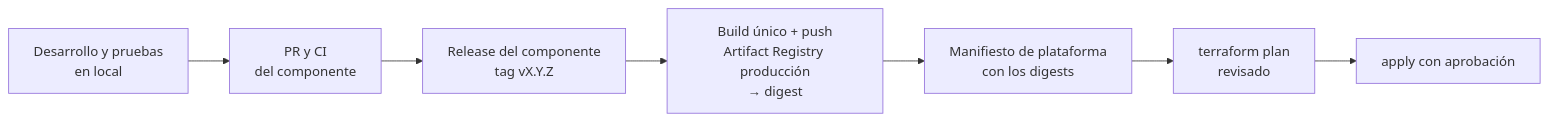
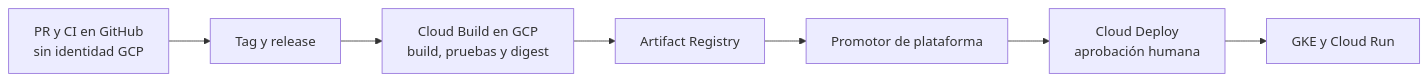
Before and after one commit to lfnavarroj1/sport-app-platform: the third of 3 diagrams in infra/terraform/README.md, drawn with Mermaid. The commit also changed other lines of this file and 76 other files, not shown here.

````diff
--- a/infra/terraform/README.md
+++ b/infra/terraform/README.md
@@ -590,9 +531,9 @@
 ```mermaid
 flowchart LR
-    DEV[Desarrollo y pruebas<br/>en local] --> PR[PR y CI<br/>del componente]
-    PR --> REL[Release del componente<br/>tag vX.Y.Z]
-    REL --> PUB[Build único + push<br/>Artifact Registry producción<br/>→ digest]
-    PUB --> MAN[Manifiesto de plataforma<br/>con los digests]
-    MAN --> PLAN[terraform plan<br/>revisado]
-    PLAN --> PROD[apply con aprobación]
+    DEV[PR y CI en GitHub<br/>sin identidad GCP] --> REL[Tag y release]
+    REL --> CB[Cloud Build en GCP<br/>build, pruebas y digest]
+    CB --> AR[Artifact Registry]
+    AR --> PROM[Promotor de plataforma]
+    PROM --> APPROVAL[Cloud Deploy<br/>aprobación humana]
+    APPROVAL --> PROD[GKE y Cloud Run]
 ```
````
